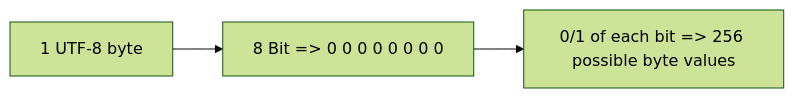
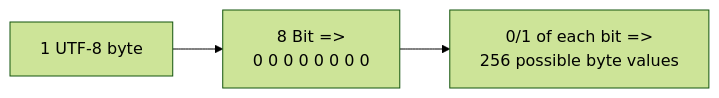
Before and after one commit to ChrisZhu2050/chriszhu2050.github.io: the third of 3 diagrams in README.md, drawn with Mermaid (forest theme). The commit also changed other lines of this file, not shown here.

````diff
--- a/README.md
+++ b/README.md
@@ -60,4 +60,6 @@
         ```mermaid
           graph LR
-              A[1 UTF-8 byte] --> B[8 Bit => 0 0 0 0 0 0 0 0 ] --> C[0/1 of each bit => 256 possible byte values]
+              A["`1 UTF-8 byte`"] --> B["8 Bit => 
+              0 0 0 0 0 0 0 0 "] --> C[0/1 of each bit =>
+              256 possible byte values]
         ```
````
